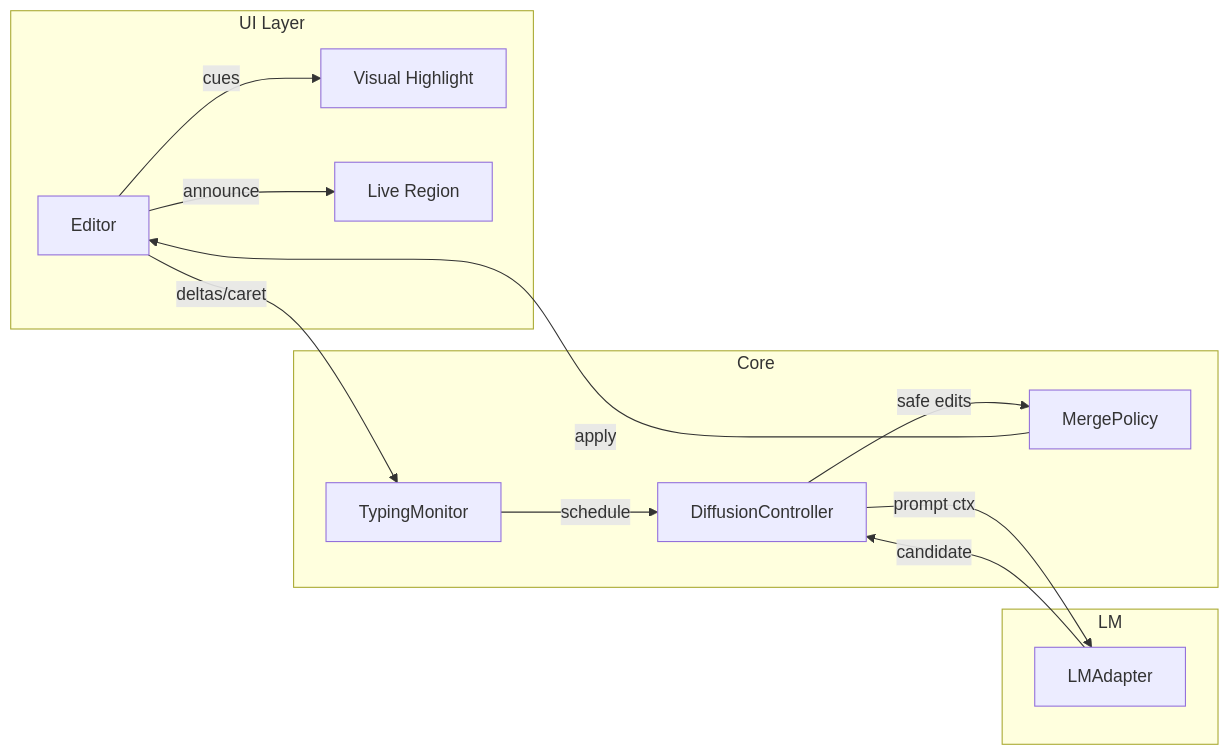
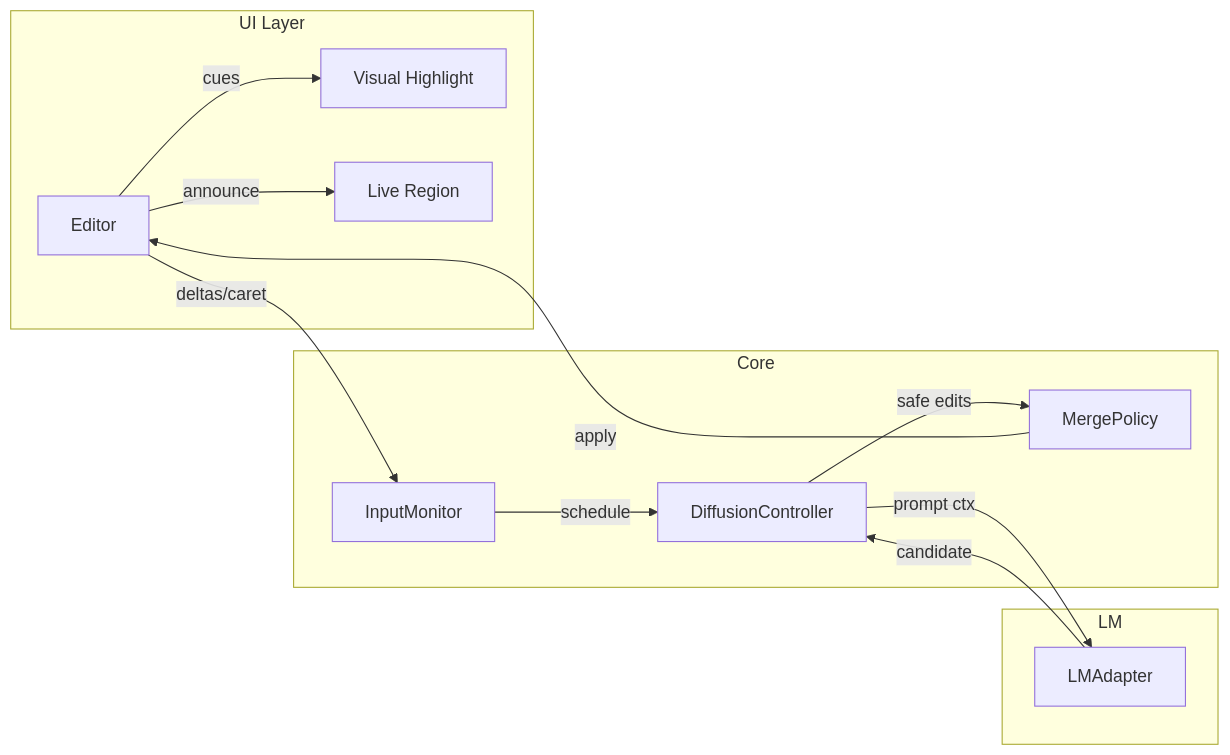
The fifth of 5 diagrams in docs/06-guides/typing-lm-correction/README.md (becktothefuture/MindType), drawn with Mermaid before and after one commit. The commit also changed other lines of this file and 90 other files, not shown here.

Commit message:
docs(core): unify active-region=20 words; add grapheme-safe mapping; ARIA live-region specifics; Rust-first traceability; SPEC stubs + doc:sync

````diff
--- a/docs/06-guides/typing-lm-correction/README.md
+++ b/docs/06-guides/typing-lm-correction/README.md
@@ -161,25 +161,25 @@
 ```mermaid
 graph LR
     subgraph UI Layer
       E[Editor]
       V[Visual Highlight]
       L[Live Region]
     end
     subgraph Core
-      TM[TypingMonitor]
+      TM[InputMonitor]
       DC[DiffusionController]
       MP[MergePolicy]
     end
     subgraph LM
       LA[LMAdapter]
     end
 
     E -- deltas/caret --> TM
     TM -- schedule --> DC
     DC -- prompt ctx --> LA
     LA -- candidate --> DC
     DC -- safe edits --> MP
     MP -- apply --> E
     E -- cues --> V
     E -- announce --> L
 ```
````
